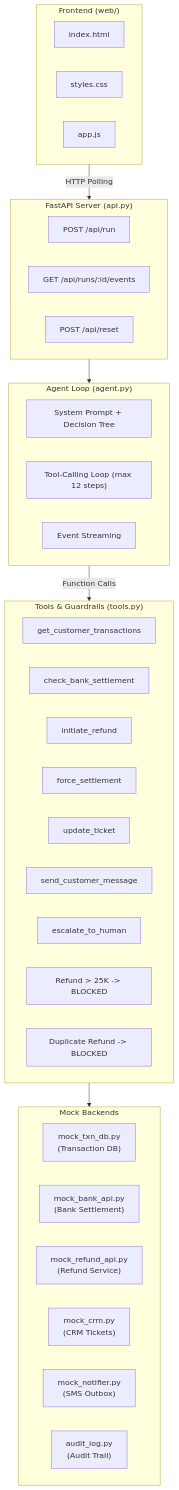
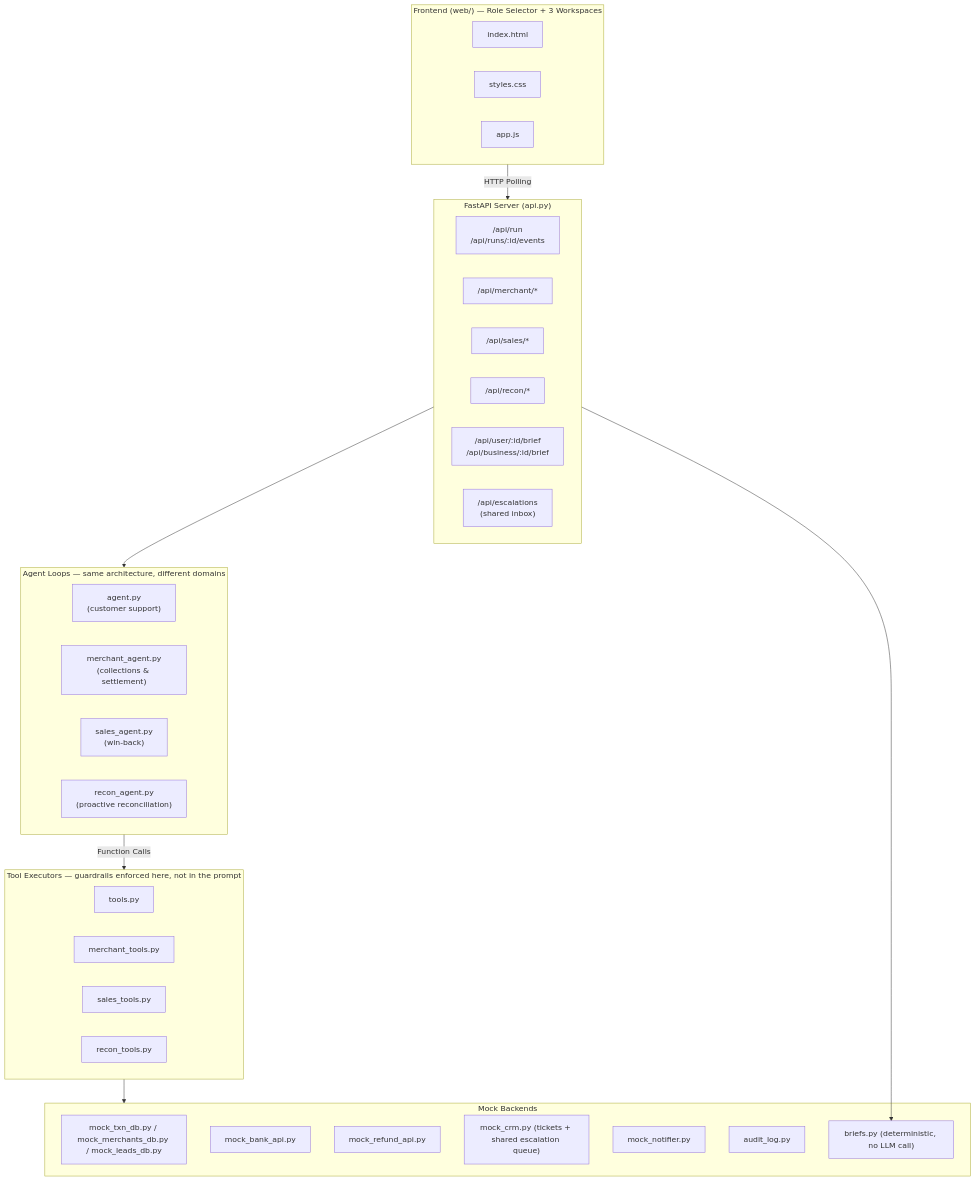
The diagram in README.md (techbhuvi04/Payments), drawn with Mermaid before and after one commit. The commit also changed other lines of this file and 12 other files, not shown here.

First line of the commit message:
Add DhanAI three-role platform: Merchant workspace, deterministic User/Business briefs, and hardened safety guardrails

````diff
--- a/README.md
+++ b/README.md
@@ -29,47 +39,49 @@
 ```mermaid
 flowchart TB
-    subgraph Frontend ["Frontend (web/)"]
+    subgraph Frontend ["Frontend (web/) — Role Selector + 3 Workspaces"]
         direction LR
         HTML["index.html"]
         CSS["styles.css"]
         JS["app.js"]
     end
 
     subgraph API ["FastAPI Server (api.py)"]
-        R1["POST /api/run"]
-        R2["GET /api/runs/:id/events"]
-        R3["POST /api/reset"]
+        direction LR
+        R1["/api/run\n/api/runs/:id/events"]
+        R2["/api/merchant/*"]
+        R3["/api/sales/*"]
+        R4["/api/recon/*"]
+        R5["/api/user/:id/brief\n/api/business/:id/brief"]
+        R6["/api/escalations\n(shared inbox)"]
     end
 
-    subgraph Agent ["Agent Loop (agent.py)"]
-        SYS["System Prompt + Decision Tree"]
-        LOOP["Tool-Calling Loop (max 12 steps)"]
-        STREAM["Event Streaming"]
+    subgraph Agents ["Agent Loops — same architecture, different domains"]
+        A1["agent.py\n(customer support)"]
+        A2["merchant_agent.py\n(collections & settlement)"]
+        A3["sales_agent.py\n(win-back)"]
+        A4["recon_agent.py\n(proactive reconciliation)"]
     end
 
-    subgraph Tools ["Tools & Guardrails (tools.py)"]
-        T1["get_customer_transactions"]
-        T2["check_bank_settlement"]
-        T3["initiate_refund"]
-        T4["force_settlement"]
-        T5["update_ticket"]
-        T6["send_customer_message"]
-        T7["escalate_to_human"]
-        G1["Refund > 25K -> BLOCKED"]
-        G2["Duplicate Refund -> BLOCKED"]
+    subgraph Tools ["Tool Executors — guardrails enforced here, not in the prompt"]
+        T1["tools.py"]
+        T2["merchant_tools.py"]
+        T3["sales_tools.py"]
+        T4["recon_tools.py"]
     end
 
     subgraph Backends ["Mock Backends"]
-        DB["mock_txn_db.py\n(Transaction DB)"]
-        BANK["mock_bank_api.py\n(Bank Settlement)"]
-        REFUND["mock_refund_api.py\n(Refund Service)"]
-        CRM["mock_crm.py\n(CRM Tickets)"]
-        SMS["mock_notifier.py\n(SMS Outbox)"]
-        AUDIT["audit_log.py\n(Audit Trail)"]
+        DB["mock_txn_db.py / mock_merchants_db.py / mock_leads_db.py"]
+        BANK["mock_bank_api.py"]
+        REFUND["mock_refund_api.py"]
+        CRM["mock_crm.py (tickets + shared escalation queue)"]
+        SMS["mock_notifier.py"]
+        AUDIT["audit_log.py"]
+        BRIEF["briefs.py (deterministic, no LLM call)"]
     end
 
     Frontend -- "HTTP Polling" --> API
-    API --> Agent
-    Agent -- "Function Calls" --> Tools
+    API --> Agents
+    API --> BRIEF
+    Agents -- "Function Calls" --> Tools
     Tools --> Backends
 ```
````
